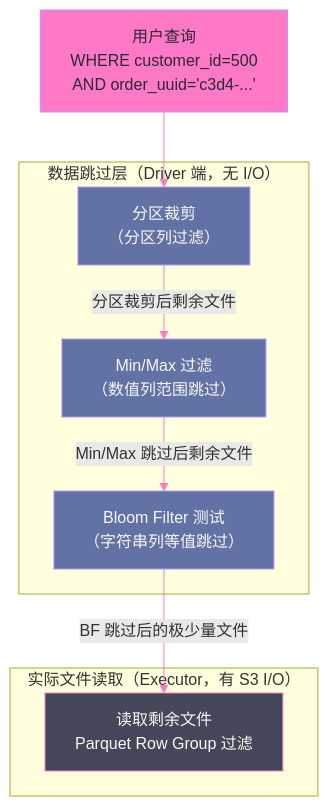
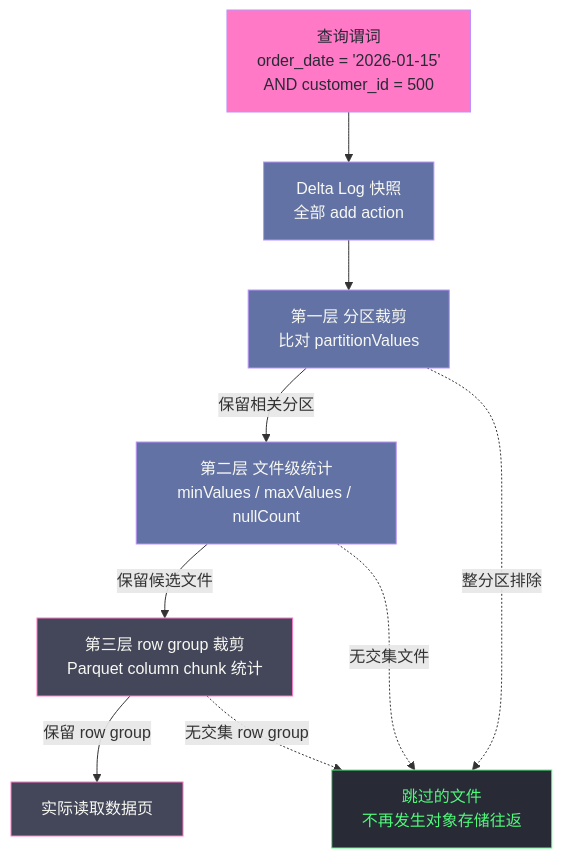
The first of 5 diagrams in content/大数据/数据湖/Delta-Lake-Lakehouse架构深度解析/07 Z-Order 与数据跳过：查询加速的核心机制.md (hpliStartAgain/my-brain), drawn with Mermaid before and after one commit. The commit also changed other lines of this file and 259 other files, not shown here.

````diff
--- a/content/大数据/数据湖/Delta-Lake-Lakehouse架构深度解析/07 Z-Order 与数据跳过：查询加速的核心机制.md
+++ b/content/大数据/数据湖/Delta-Lake-Lakehouse架构深度解析/07 Z-Order 与数据跳过：查询加速的核心机制.md
@@ -319,28 +43,29 @@
 ```mermaid
-%%{init: {"theme": "dracula", "themeVariables": {"primaryColor": "#6272a4", "primaryTextColor": "#f8f8f2", "lineColor": "#ff79c6"}}}%%
-graph TD
-    Q["用户查询</br>WHERE customer_id=500</br>AND order_uuid='c3d4-...'"]
-    
-    subgraph DS["数据跳过层（Driver 端，无 I/O）"]
-        PP["分区裁剪</br>（分区列过滤）"]
-        MS["Min/Max 过滤</br>（数值列范围跳过）"]
-        BF["Bloom Filter 测试</br>（字符串列等值跳过）"]
-    end
-    
-    subgraph IO["实际文件读取（Executor，有 S3 I/O）"]
-        RF["读取剩余文件</br>Parquet Row Group 过滤"]
-    end
-    
-    Q --> PP
-    PP -->|"分区裁剪后剩余文件"| MS
-    MS -->|"Min/Max 跳过后剩余文件"| BF
-    BF -->|"BF 跳过后的极少量文件"| RF
-    
+%%{init: {'theme': 'dracula'}}%%
+flowchart TD
+    Q["查询谓词<br/>order_date = '2026-01-15'<br/>AND customer_id = 500"]
+    LOG["Delta Log 快照<br/>全部 add action"]
+    P1["第一层 分区裁剪<br/>比对 partitionValues"]
+    P2["第二层 文件级统计<br/>minValues / maxValues / nullCount"]
+    P3["第三层 row group 裁剪<br/>Parquet column chunk 统计"]
+    RD["实际读取数据页"]
+    SKIP["跳过的文件<br/>不再发生对象存储往返"]
+
+    Q --> LOG
+    LOG --> P1
+    P1 -->|"保留相关分区"| P2
+    P1 -.->|"整分区排除"| SKIP
+    P2 -->|"保留候选文件"| P3
+    P2 -.->|"无交集文件"| SKIP
+    P3 -->|"保留 row group"| RD
+    P3 -.->|"无交集 row group"| SKIP
+
     classDef driver fill:#6272a4,stroke:#bd93f9,color:#f8f8f2
-    classDef executor fill:#44475a,stroke:#ff79c6,color:#f8f8f2
-    classDef query fill:#ff79c6,stroke:#bd93f9,color:#282a36
-    
-    class PP,MS,BF driver
-    class RF executor
-    class Q query
+    classDef exec fill:#44475a,stroke:#ff79c6,color:#f8f8f2
+    classDef skip fill:#282a36,stroke:#50fa7b,color:#50fa7b
+    classDef q fill:#ff79c6,stroke:#bd93f9,color:#282a36
+    class Q q
+    class LOG,P1,P2 driver
+    class P3,RD exec
+    class SKIP skip
 ```
````
